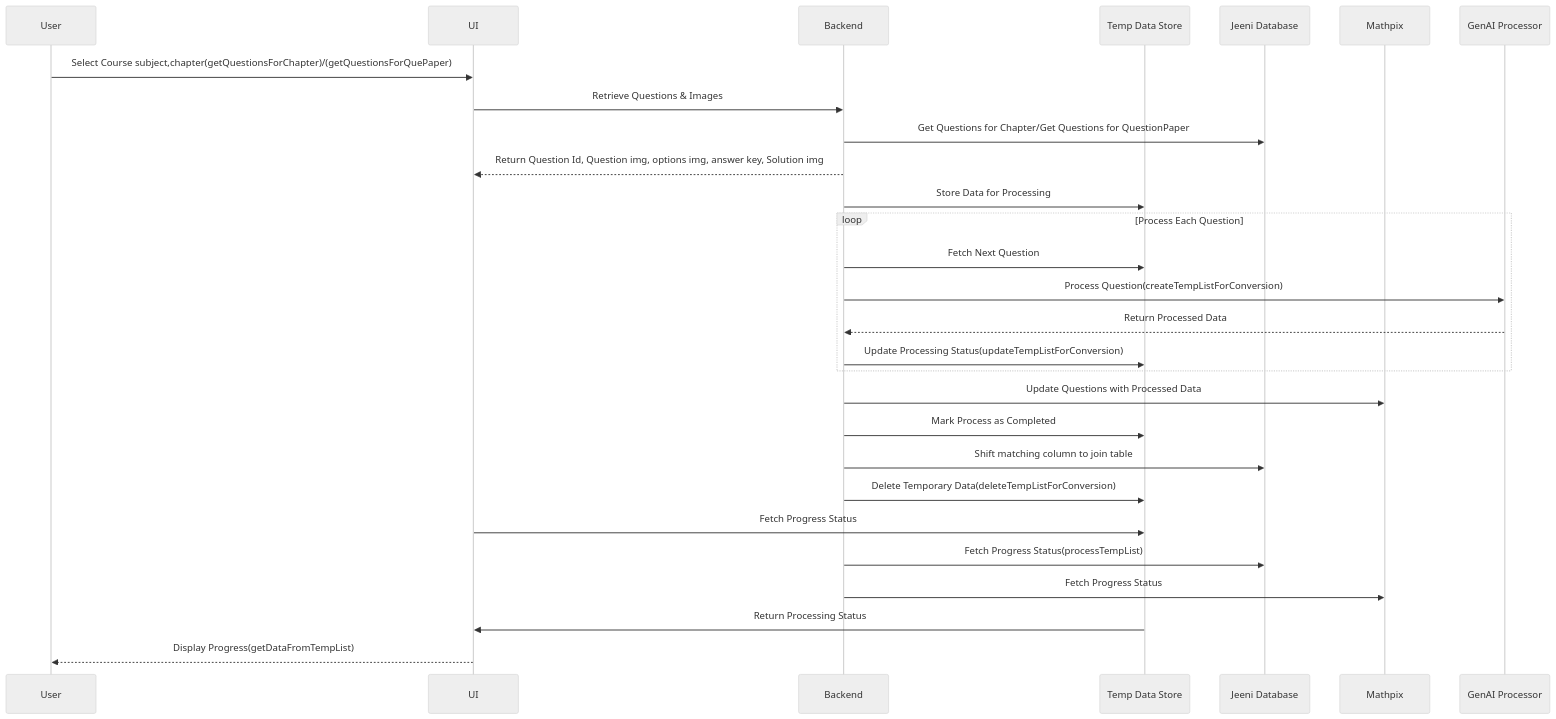
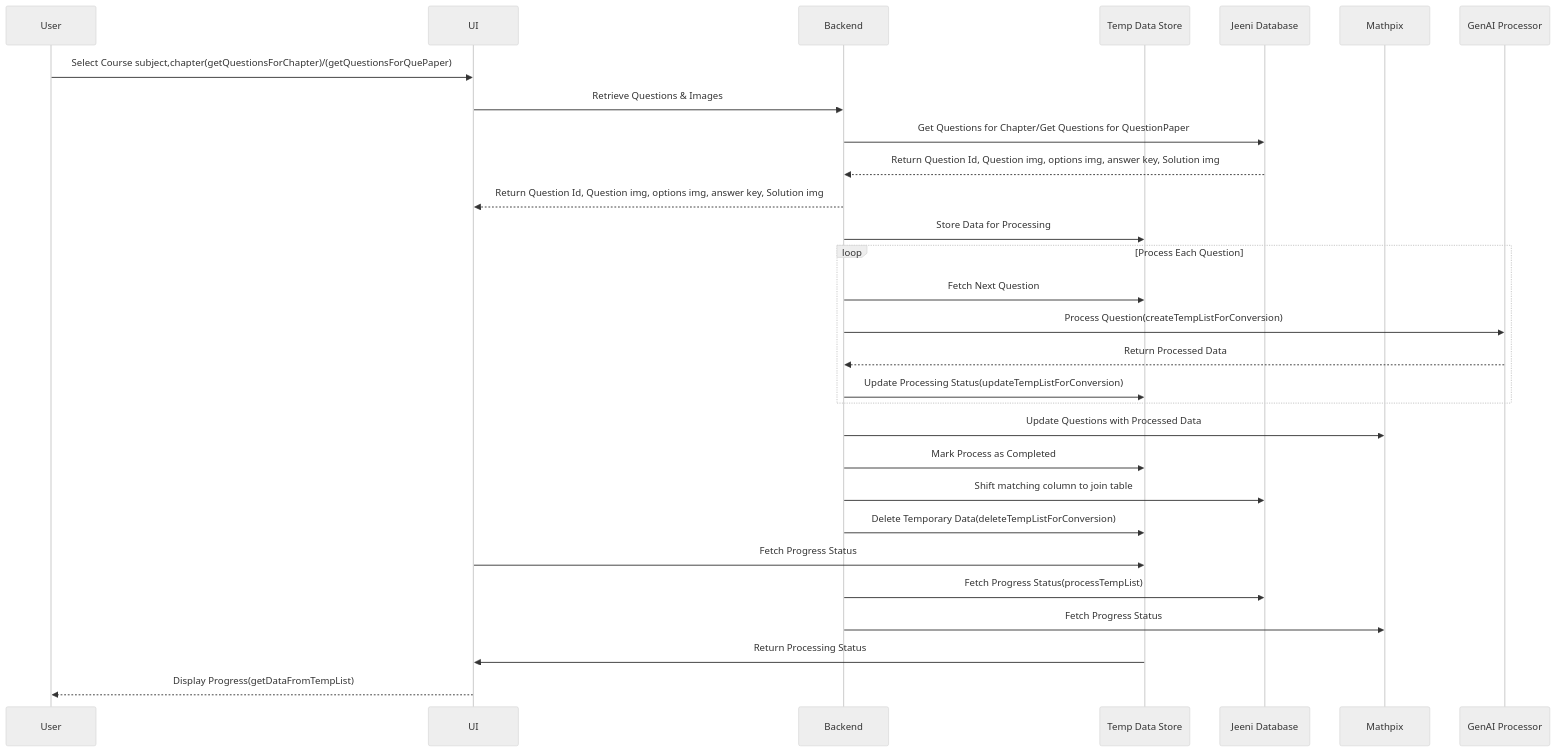
Before and after one commit to MayuriSutar12/Documentation: the diagram in docs/sequence_digram.md, drawn with Mermaid (neutral theme).

````diff
--- a/docs/sequence_digram.md
+++ b/docs/sequence_digram.md
@@ -2,40 +2,41 @@
 ```mermaid
 sequenceDiagram
     participant User as User
     participant UI as UI
     participant Backend as Backend
     participant TempDB as Temp Data Store
     participant JeeniDB as Jeeni Database
     participant Mathpix as Mathpix
     participant GenAI as GenAI Processor
 
     User ->> UI: Select Course subject,chapter(getQuestionsForChapter)/(getQuestionsForQuePaper)
     
 
     UI ->> Backend: Retrieve Questions & Images
     
     Backend ->> JeeniDB: Get Questions for Chapter/Get Questions for QuestionPaper
+    JeeniDB -->> Backend: Return Question Id, Question img, options img, answer key, Solution img
     Backend -->> UI: Return Question Id, Question img, options img, answer key, Solution img
     Backend ->> TempDB: Store Data for Processing
 
     loop Process Each Question
         Backend ->> TempDB: Fetch Next Question
         Backend ->> GenAI: Process Question(createTempListForConversion)
         GenAI -->> Backend: Return Processed Data
         Backend ->> TempDB: Update Processing Status(updateTempListForConversion)
     end
 
     Backend ->> Mathpix: Update Questions with Processed Data
     Backend ->> TempDB: Mark Process as Completed
     Backend ->> JeeniDB: Shift matching column to join table
     Backend ->> TempDB: Delete Temporary Data(deleteTempListForConversion)
 
 
     UI ->> TempDB: Fetch Progress Status
    Backend ->> JeeniDB: Fetch Progress Status(processTempList)
   Backend ->> Mathpix: Fetch Progress Status 
     TempDB ->> UI: Return Processing Status
     UI -->> User: Display Progress(getDataFromTempList)
 
 
 ```
````
